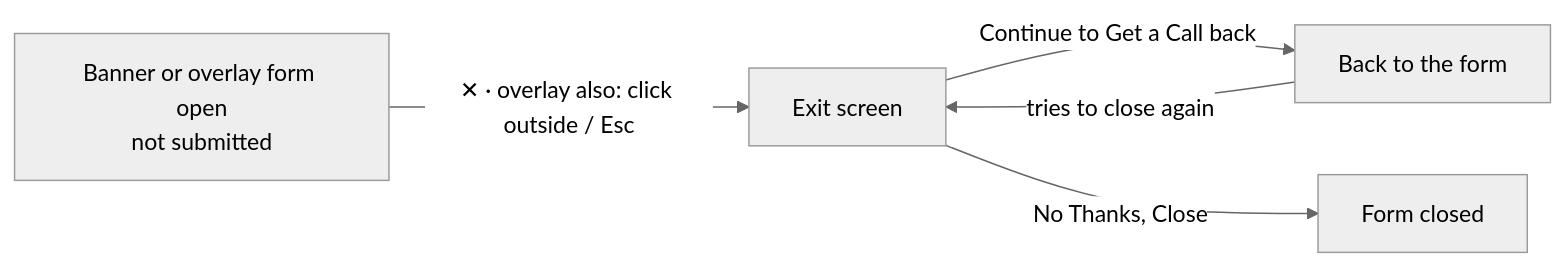
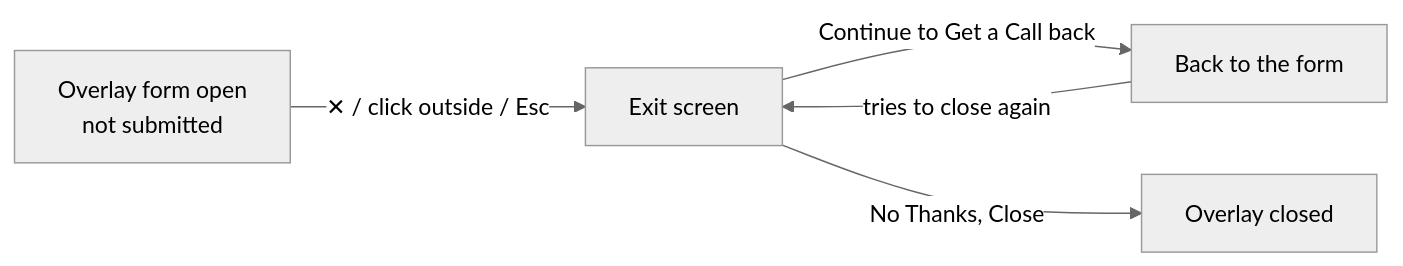
One commit to abhinavthak/dypatil-lead-form changed the third of 3 diagrams in docs/PRD.md. Above: the diagram before and after it, drawn with Mermaid (neutral theme). The commit also changed other lines of this file and 11 other files, not shown here.

First line of the commit message:
Up to two urgency elements; remove close button from banner form

````diff
--- a/docs/PRD.md
+++ b/docs/PRD.md
@@ -185,7 +181,7 @@
 ```mermaid
 flowchart LR
-    A[Banner or overlay form open<br/>not submitted] -->|✕ · overlay also: click outside / Esc| B[Exit screen]
+    A[Overlay form open<br/>not submitted] -->|✕ / click outside / Esc| B[Exit screen]
     B -->|Continue to Get a Call back| C[Back to the form]
     C -->|tries to close again| B
-    B -->|No Thanks, Close| D[Form closed]
+    B -->|No Thanks, Close| D[Overlay closed]
 ```
````
